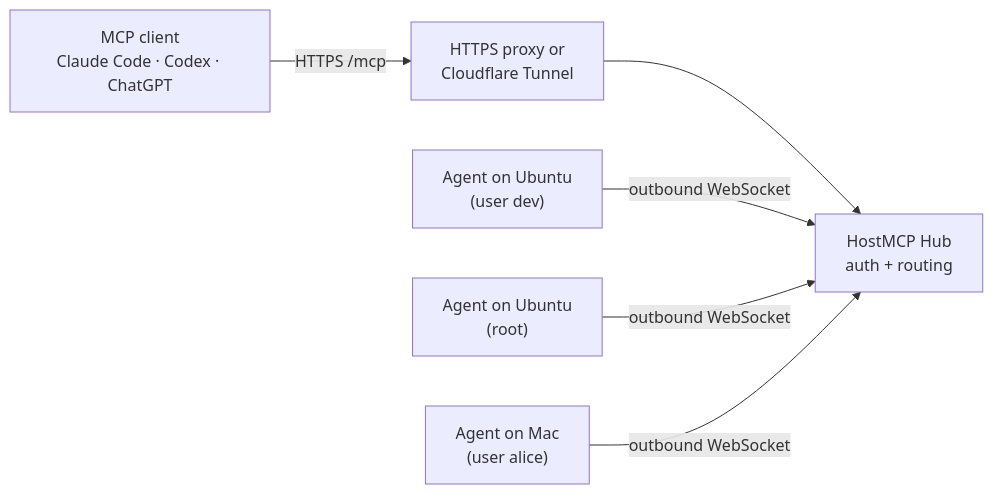
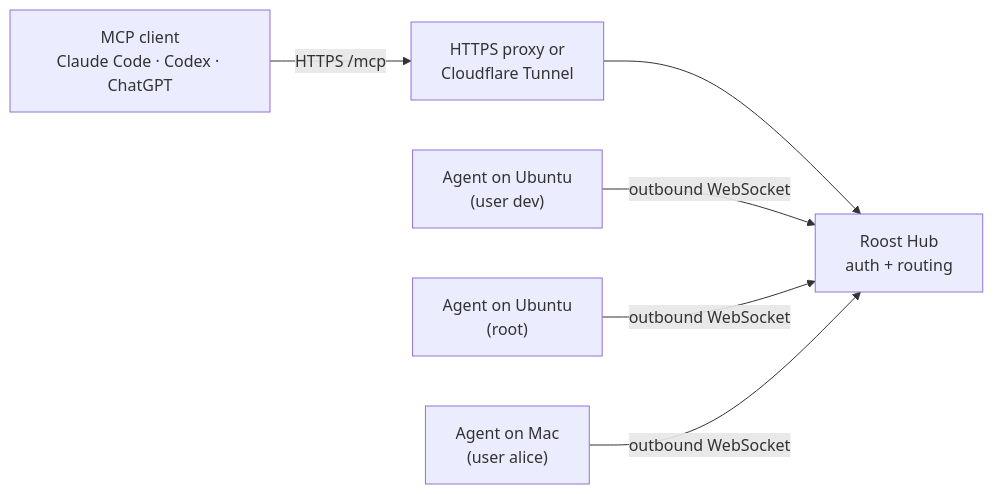
The diagram in README.md (soren-labs/hostmcp), drawn with Mermaid before and after one commit. The commit also changed other lines of this file and 84 other files, not shown here.

First line of the commit message:
Rename HostMCP to Roost and lead with the any-client positioning

````diff
--- a/README.md
+++ b/README.md
@@ -43,8 +52,8 @@
 ```mermaid
 flowchart LR
     C["MCP client<br/>Claude Code · Codex · ChatGPT"] -->|"HTTPS /mcp"| E["HTTPS proxy or<br/>Cloudflare Tunnel"]
-    E --> H["HostMCP Hub<br/>auth + routing"]
+    E --> H["Roost Hub<br/>auth + routing"]
     A1["Agent on Ubuntu<br/>(user dev)"] -->|"outbound WebSocket"| H
     A2["Agent on Ubuntu<br/>(root)"] -->|"outbound WebSocket"| H
     A3["Agent on Mac<br/>(user alice)"] -->|"outbound WebSocket"| H
 ```
````
